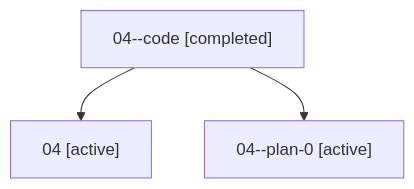
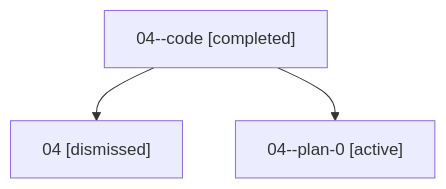
Before and after one commit to sase-org/sase--agents: the diagram in sessions/bbugyi200.athena.04.md, drawn with Mermaid. The commit also changed other lines of this file and 34 other files, not shown here.

````diff
--- a/sessions/bbugyi200.athena.04.md
+++ b/sessions/bbugyi200.athena.04.md
@@ -9,8 +9,8 @@
 ```mermaid
 flowchart TD
   n0["04--code [completed]"]
-  n1["04 [active]"]
+  n1["04 [dismissed]"]
   n0 --> n1
   n2["04--plan-0 [active]"]
   n0 --> n2
 ```
````
